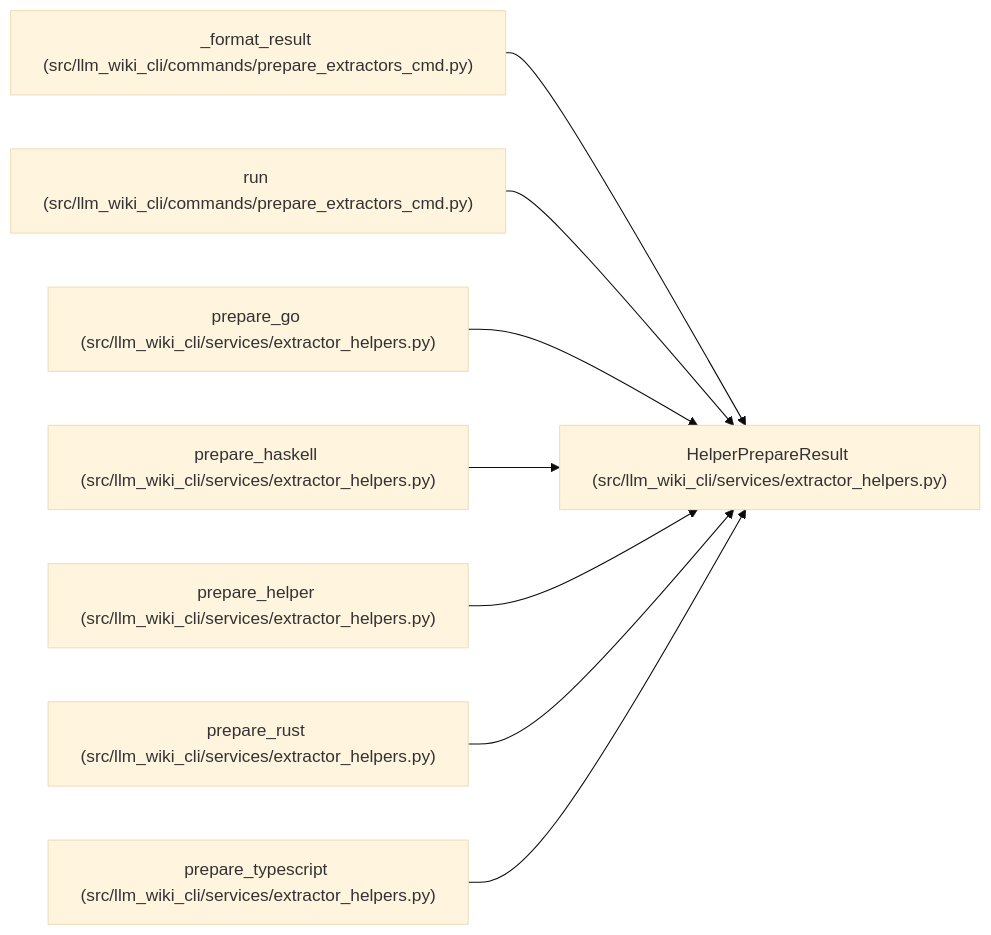
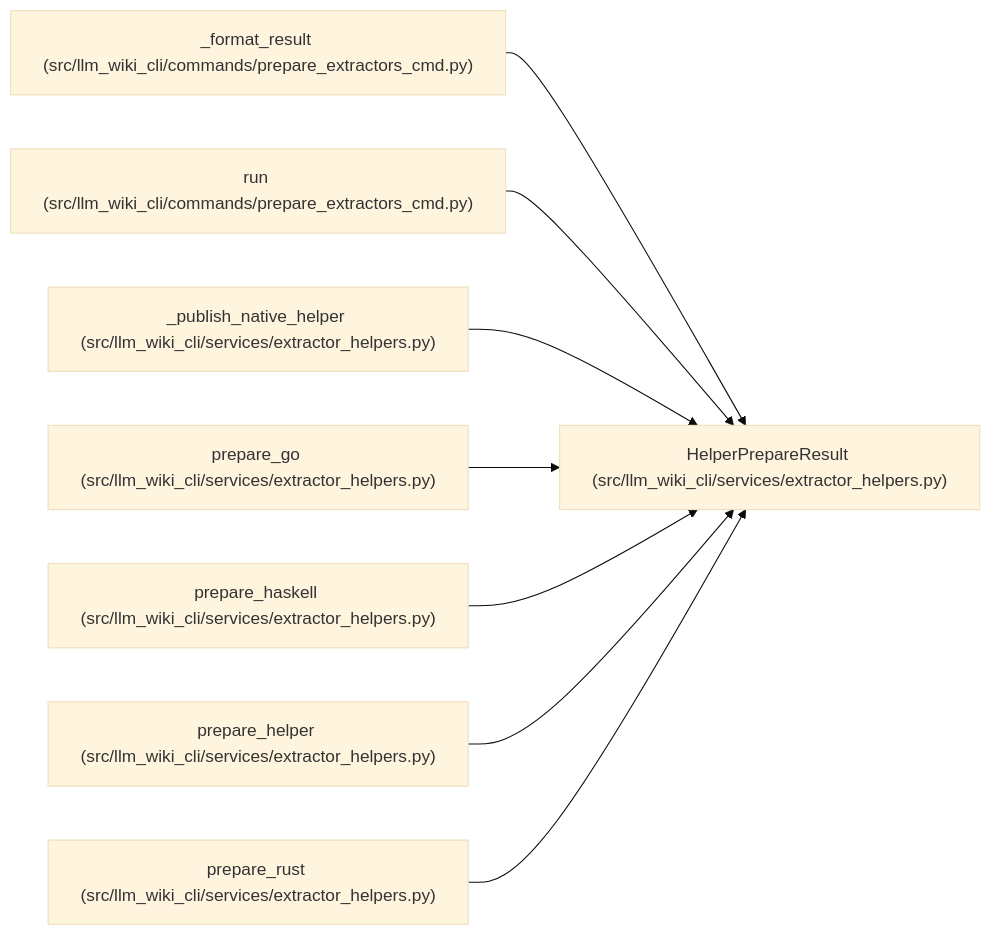
One commit to Denissvgn/python-wiki-llm changed the diagram in docs/llm_wiki/entities/HelperPrepareResult.md. Above: the diagram before and after it, drawn with Mermaid (base theme). The commit also changed other lines of this file and 761 other files, not shown here.

Commit message:
docs: sync the project wiki with the helper and release improvements

````diff
--- a/docs/llm_wiki/entities/HelperPrepareResult.md
+++ b/docs/llm_wiki/entities/HelperPrepareResult.md
@@ -30,26 +30,26 @@
 ```mermaid
 flowchart LR
     n0["HelperPrepareResult (src/llm_wiki_cli/services/extractor_helpers.py)"]
     n1["_format_result (src/llm_wiki_cli/commands/prepare_extractors_cmd.py)"]
     n2["run (src/llm_wiki_cli/commands/prepare_extractors_cmd.py)"]
-    n3["prepare_go (src/llm_wiki_cli/services/extractor_helpers.py)"]
-    n4["prepare_haskell (src/llm_wiki_cli/services/extractor_helpers.py)"]
-    n5["prepare_helper (src/llm_wiki_cli/services/extractor_helpers.py)"]
-    n6["prepare_rust (src/llm_wiki_cli/services/extractor_helpers.py)"]
-    n7["prepare_typescript (src/llm_wiki_cli/services/extractor_helpers.py)"]
+    n3["_publish_native_helper (src/llm_wiki_cli/services/extractor_helpers.py)"]
+    n4["prepare_go (src/llm_wiki_cli/services/extractor_helpers.py)"]
+    n5["prepare_haskell (src/llm_wiki_cli/services/extractor_helpers.py)"]
+    n6["prepare_helper (src/llm_wiki_cli/services/extractor_helpers.py)"]
+    n7["prepare_rust (src/llm_wiki_cli/services/extractor_helpers.py)"]
     n1 --> n0
     n2 --> n0
     n3 --> n0
     n4 --> n0
     n5 --> n0
     n6 --> n0
     n7 --> n0
     click n0 "../modules/extractor_helpers.md"
     click n1 "../modules/prepare_extractors_cmd.md"
     click n2 "../modules/prepare_extractors_cmd.md"
     click n3 "../modules/extractor_helpers.md"
     click n4 "../modules/extractor_helpers.md"
     click n5 "../modules/extractor_helpers.md"
     click n6 "../modules/extractor_helpers.md"
     click n7 "../modules/extractor_helpers.md"
 ```
````
